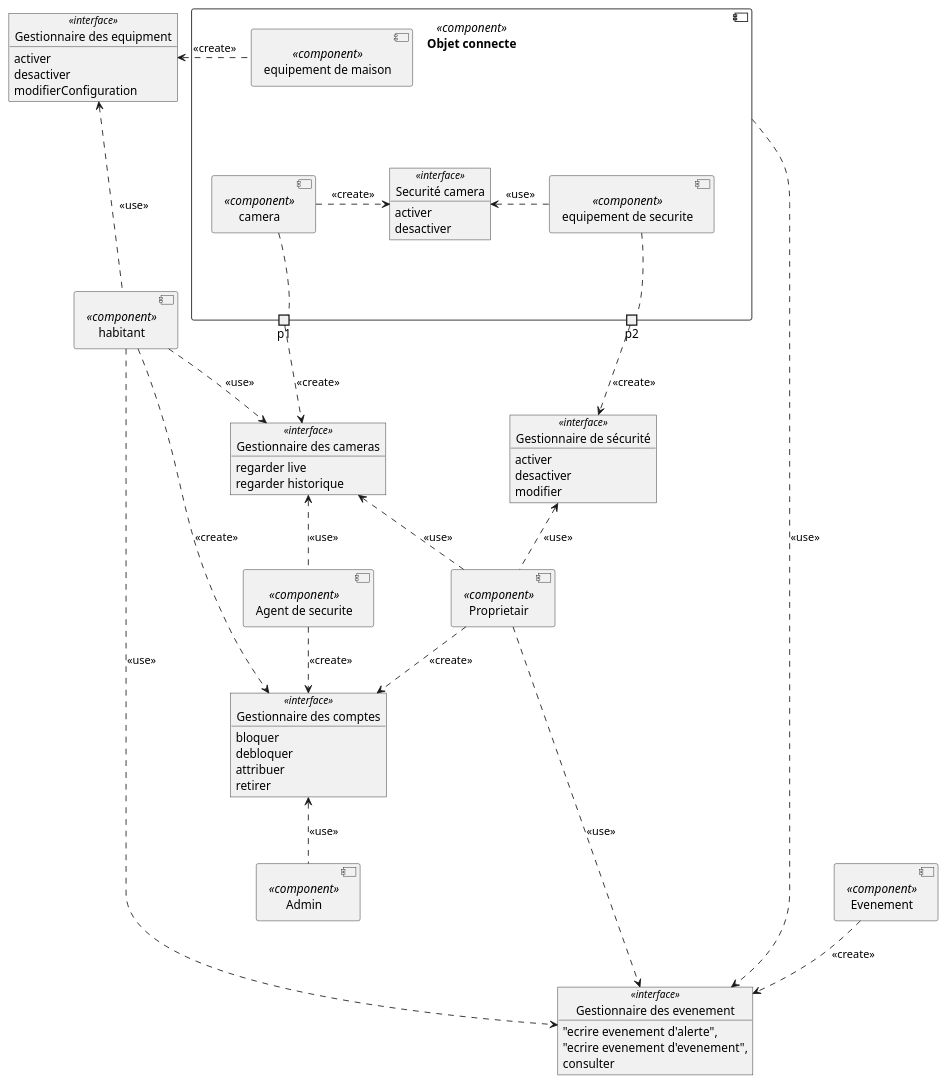
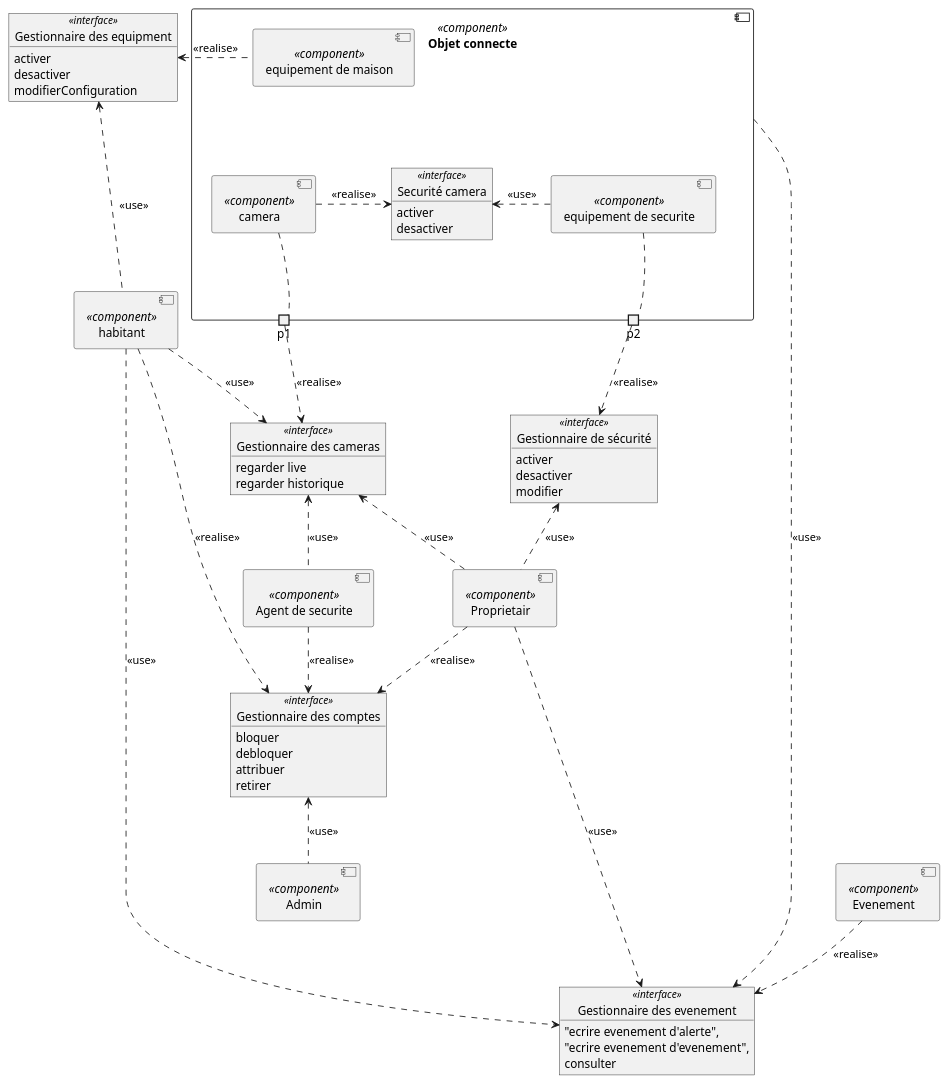
The diagram in UmlDiagrams/ComponentDiagramme.puml (SemSSK/SmartHome), drawn with PlantUML before and after one commit. The commit also changed 11 other files, not shown here.

```diff
--- a/UmlDiagrams/ComponentDiagramme.puml
+++ b/UmlDiagrams/ComponentDiagramme.puml
@@ -1,84 +1,84 @@
 @startuml
     allowmixing
     hide <<hidden>>
     component "Admin" as admin <<component>> 
     component "Proprietair" as prop <<component>>
     component "habitant" as hab <<component>>
     component "Agent de securite" as ads <<component>>
     component "Evenement" as event <<component>>
     
     component "Objet connecte" as oc <<component>> {
         component hhh <<hidden>>
         component "camera" as cams <<component>>
         component "equipement de securite" as equiSecurité <<component>>
         component "equipement de maison" as equiMaison <<component>>
         object "Securité camera" as secCam <<interface>>{
             activer
             desactiver
         }
         hhh -d- cams : <<hidden>>
         hhh -d- equiSecurité : <<hidden>>
         hhh -l- equiMaison 
         portout p1 
         portout p2
         p1 -[hidden]up-> cams
         p2 -[hidden]left-> equiSecurité
-        cams .--right--.> secCam :<<create>> 
+        cams .--right--.> secCam :<<realise>> 
         equiSecurité .--left--.> secCam : <<use>>
     }
 
  
     object "Gestionnaire des cameras" as camManage <<interface>> {
         regarder live
         regarder historique
     }
     object "Gestionnaire des equipment" as equManage <<interface>>{
         activer
         desactiver
         modifierConfiguration
     }
     object "Gestionnaire de sécurité" as secureManage <<interface>>{
         activer
         desactiver
         modifier
     }
     object "Gestionnaire des comptes" as accountManage <<interface>> {
         bloquer
         debloquer
         attribuer
         retirer
     }
     object "Gestionnaire des evenement" as eventManage <<interface>> {
         "ecrire evenement d'alerte",
         "ecrire evenement d'evenement",
         consulter
     }
 
     'Camera interfaces and relations
     cams .down. p1
-    p1 .d.> camManage : <<create>>
+    p1 .d.> camManage : <<realise>>
     prop .l.> camManage : <<use>>
     hab .r.> camManage : <<use>>
     ads .u.> camManage : <<use>>
 
     'Equipment de securite interfaces and relations
     equiSecurité .r. p2 
-    p2 .d.> secureManage : <<create>>
+    p2 .d.> secureManage : <<realise>>
     prop .u.> secureManage : <<use>>
 
     'gestion des comptes
     admin .u.> accountManage : <<use>>
-    prop .d.> accountManage : <<create>>
-    hab .d.> accountManage : <<create>>
-    ads .d.> accountManage : <<create>>
+    prop .d.> accountManage : <<realise>>
+    hab .d.> accountManage : <<realise>>
+    ads .d.> accountManage : <<realise>>
 
     'gestion des equipment de maison
     hab .u..> equManage : <<use>>
-    equiMaison .---l.>  equManage : <<create>>
+    equiMaison .---l.>  equManage : <<realise>>
 
     'notification relations
-    event .d.> eventManage : <<create>>
+    event .d.> eventManage : <<realise>>
     oc .r.> eventManage : <<use>>
     prop .d.> eventManage : <<use>>
     hab .----.> eventManage : <<use>>
 @enduml
```
